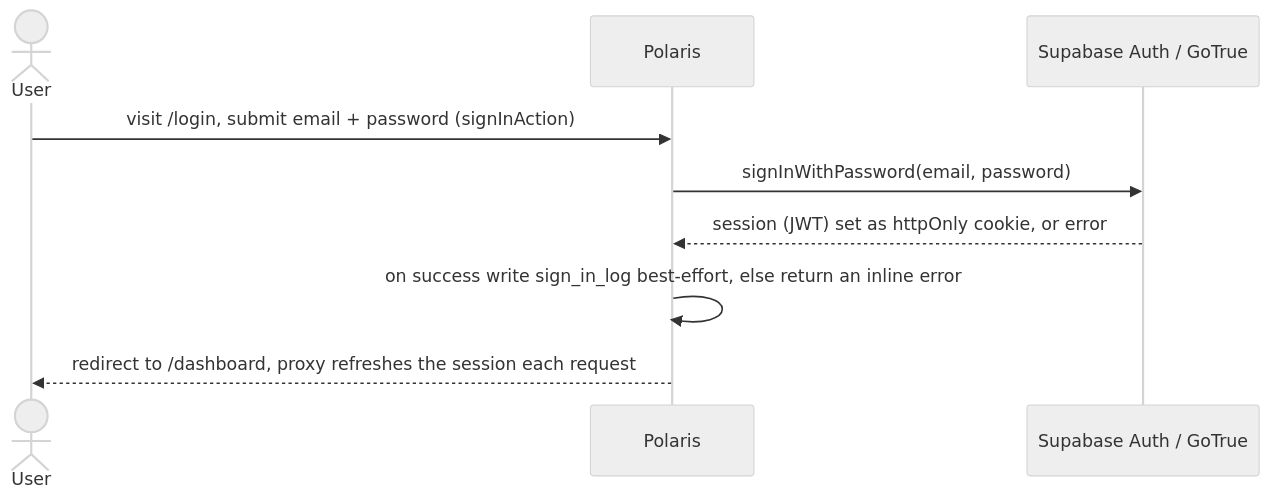
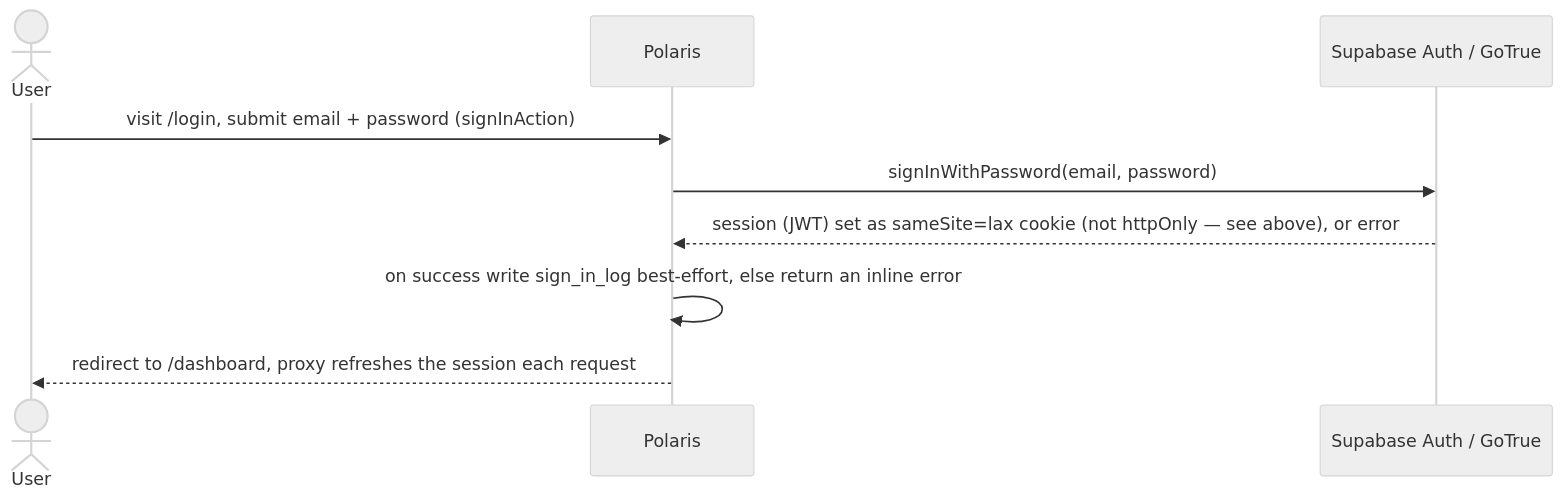
One commit to AhmedKhan-GH/polaris changed the second of 6 diagrams in SECURITY-HANDBOOK.md. Above: the diagram before and after it, drawn with Mermaid (neutral theme). The commit also changed other lines of this file, not shown here.

First line of the commit message:
docs(security): correct httpOnly cookie claim; document profiles write-lock

````diff
--- a/SECURITY-HANDBOOK.md
+++ b/SECURITY-HANDBOOK.md
@@ -165,11 +170,11 @@
 ```mermaid
 sequenceDiagram
   actor U as User
   participant App as Polaris
   participant SA as Supabase Auth / GoTrue
   U->>App: visit /login, submit email + password (signInAction)
   App->>SA: signInWithPassword(email, password)
-  SA-->>App: session (JWT) set as httpOnly cookie, or error
+  SA-->>App: session (JWT) set as sameSite=lax cookie (not httpOnly — see above), or error
   App->>App: on success write sign_in_log best-effort, else return an inline error
   App-->>U: redirect to /dashboard, proxy refreshes the session each request
 ```
````
